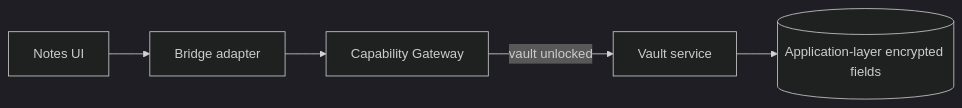
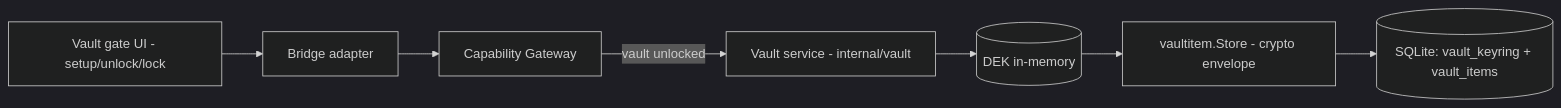
The diagram in content/projects/dev-kit/vault.mdx (syurodev/base), drawn with Mermaid (dark theme) before and after one commit. The commit also changed other lines of this file and 4 other files, not shown here.

First line of the commit message:
docs(dev-kit): split Notes out of the Vault page

````diff
--- a/content/projects/dev-kit/vault.mdx
+++ b/content/projects/dev-kit/vault.mdx
@@ -10,7 +10,9 @@
 ```mermaid
 flowchart LR
-  UI[Notes UI] --> Bridge[Bridge adapter]
+  UI[Vault gate UI - setup/unlock/lock] --> Bridge[Bridge adapter]
   Bridge --> GW[Capability Gateway]
-  GW -->|vault unlocked| CORE[Vault service]
-  CORE --> DB[(Application-layer encrypted fields)]
+  GW -->|vault unlocked| CORE[Vault service - internal/vault]
+  CORE --> DEK[(DEK in-memory)]
+  DEK --> SUB[vaultitem.Store - crypto envelope]
+  SUB --> DB[(SQLite: vault_keyring + vault_items)]
 ```
````
